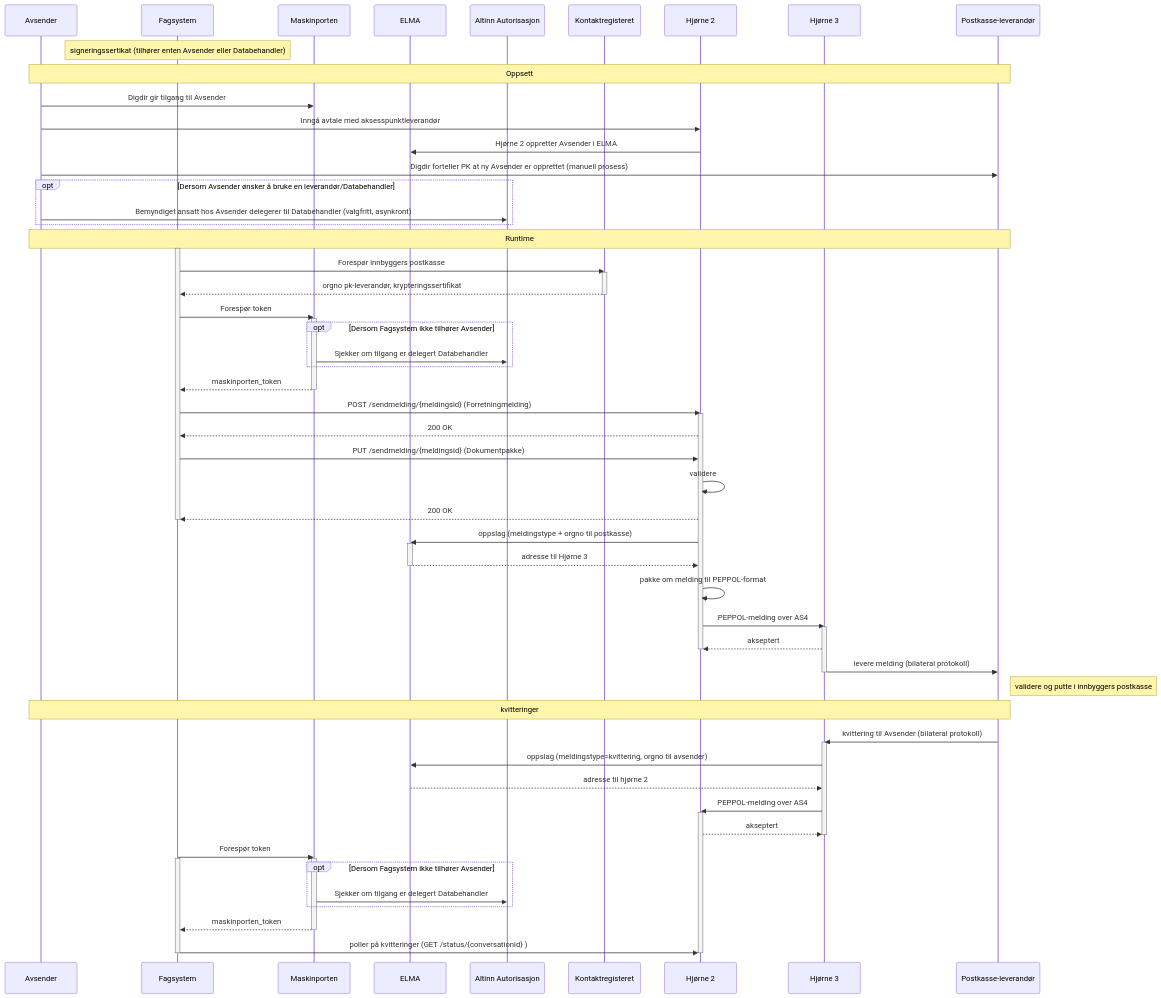
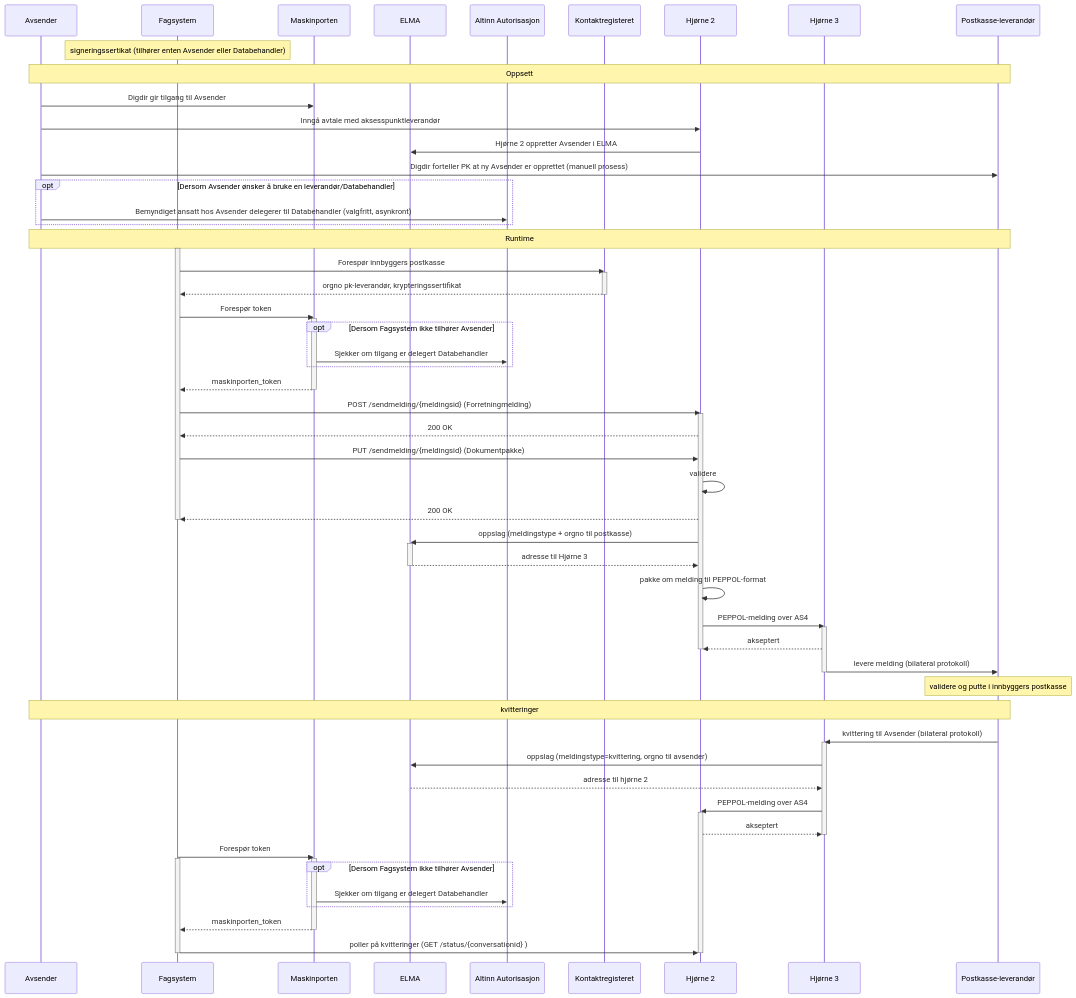
The diagram in alternativ 2.md (joergenb/dpi_transport), drawn with Mermaid before and after one commit. The commit also changed other lines of this file, not shown here.

```diff
--- a/alternativ 2.md
+++ b/alternativ 2.md
@@ -214,7 +214,7 @@
   C3->>PK: levere melding (bilateral protokoll)
   deactivate C3
 
-  note right of PK: validere og putte i innbyggers postkasse
+  note over  PK: validere og putte i innbyggers postkasse
 
   note over PK,A: kvitteringer
 
```
